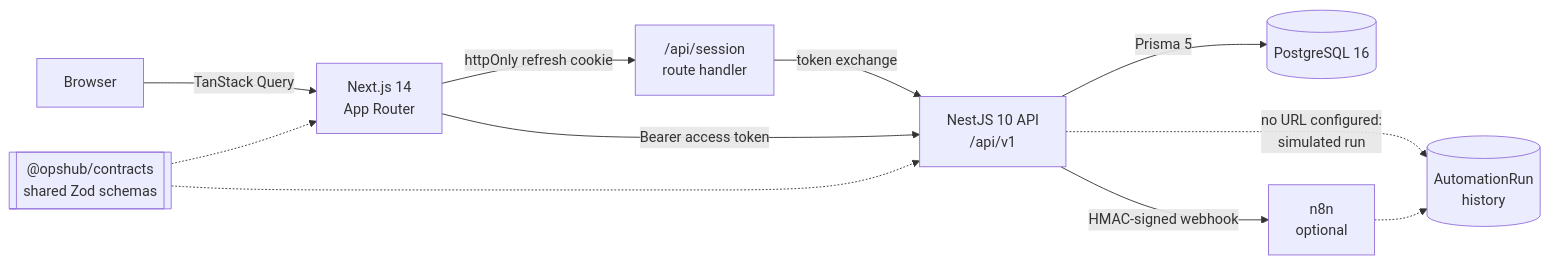
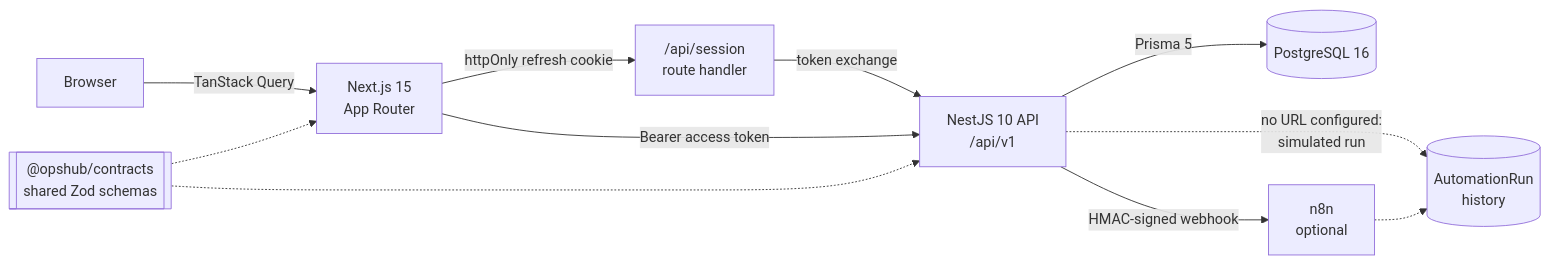
Before and after one commit to MaximilianoPolicicchio/opshub: the diagram in README.md, drawn with Mermaid. The commit also changed other lines of this file and 7 other files, not shown here.

````diff
--- a/README.md
+++ b/README.md
@@ -64,13 +65,13 @@
 ```mermaid
 flowchart LR
-  B[Browser] -->|TanStack Query| W[Next.js 14<br/>App Router]
+  B[Browser] -->|TanStack Query| W[Next.js 15<br/>App Router]
   W -->|httpOnly refresh cookie| S["/api/session<br/>route handler"]
   S -->|token exchange| A
   W -->|Bearer access token| A[NestJS 10 API<br/>/api/v1]
   A -->|Prisma 5| D[(PostgreSQL 16)]
   A -->|HMAC-signed webhook| N[n8n<br/>optional]
   A -.->|no URL configured:<br/>simulated run| R[(AutomationRun<br/>history)]
   N -.-> R
   C[["@opshub/contracts<br/>shared Zod schemas"]] -.-> W
   C -.-> A
 ```
````
